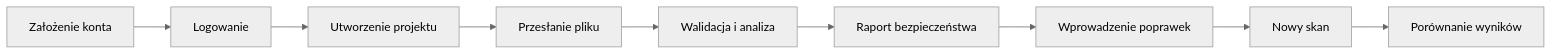
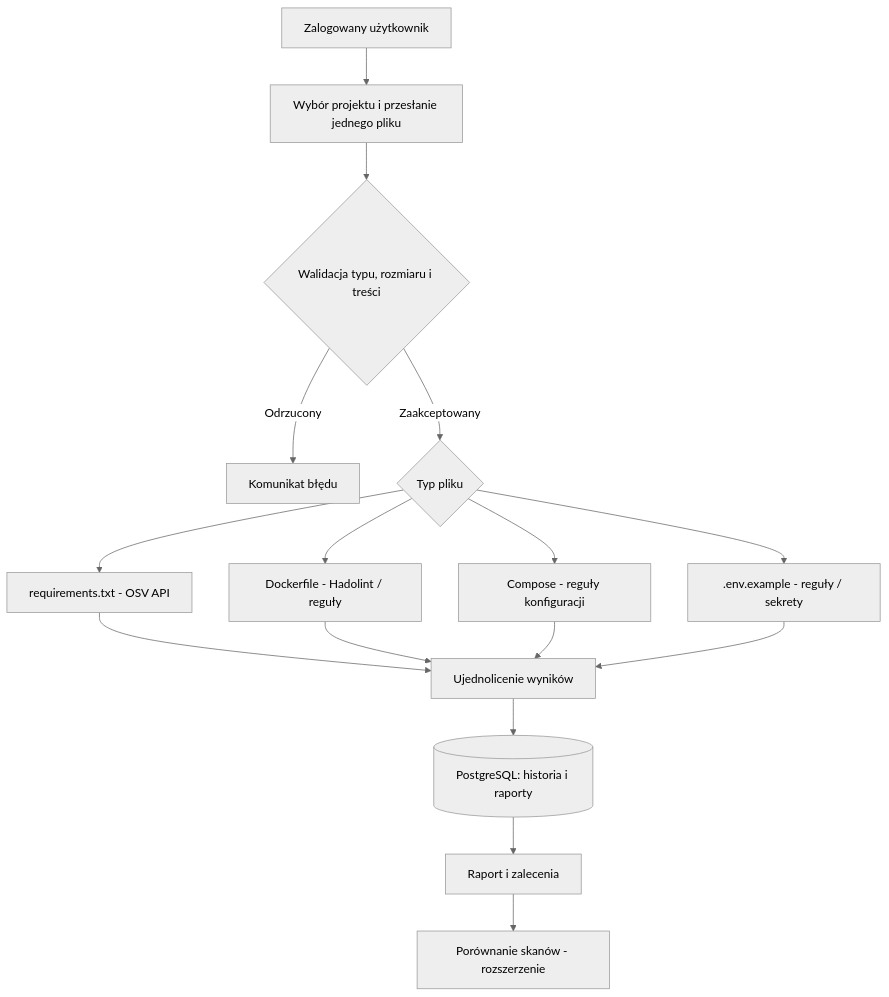
Before and after one commit to jas1ek/SecureScope: the fourth of 4 diagrams in DIAGRAM.md, drawn with Mermaid (neutral theme). The commit also changed other lines of this file and 3 other files, not shown here.

````diff
--- a/DIAGRAM.md
+++ b/DIAGRAM.md
@@ -36,11 +71,18 @@
 ```mermaid
-flowchart LR
-    A[Założenie konta] --> B[Logowanie]
-    B --> C[Utworzenie projektu]
-    C --> D[Przesłanie pliku]
-    D --> E[Walidacja i analiza]
-    E --> F[Raport bezpieczeństwa]
-    F --> G[Wprowadzenie poprawek]
-    G --> H[Nowy skan]
-    H --> I[Porównanie wyników]
+flowchart TD
+    A[Zalogowany użytkownik] --> B[Wybór projektu i przesłanie jednego pliku]
+    B --> C{Walidacja typu, rozmiaru i treści}
+    C -->|Odrzucony| D[Komunikat błędu]
+    C -->|Zaakceptowany| E{Typ pliku}
+    E --> F[requirements.txt - OSV API]
+    E --> G[Dockerfile - Hadolint / reguły]
+    E --> H[Compose - reguły konfiguracji]
+    E --> I[.env.example - reguły / sekrety]
+    F --> J[Ujednolicenie wyników]
+    G --> J
+    H --> J
+    I --> J
+    J --> K[(PostgreSQL: historia i raporty)]
+    K --> L[Raport i zalecenia]
+    L --> M[Porównanie skanów - rozszerzenie]
 ```
````
